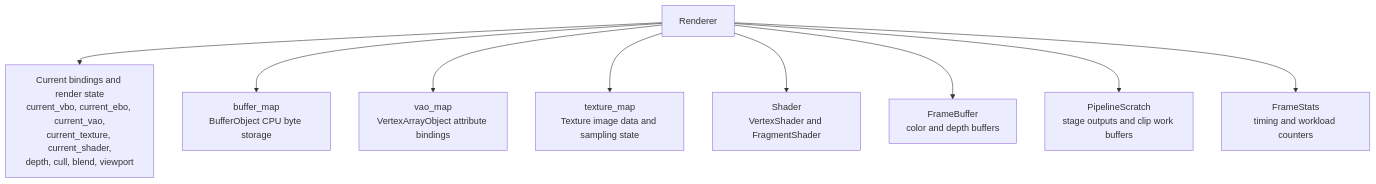
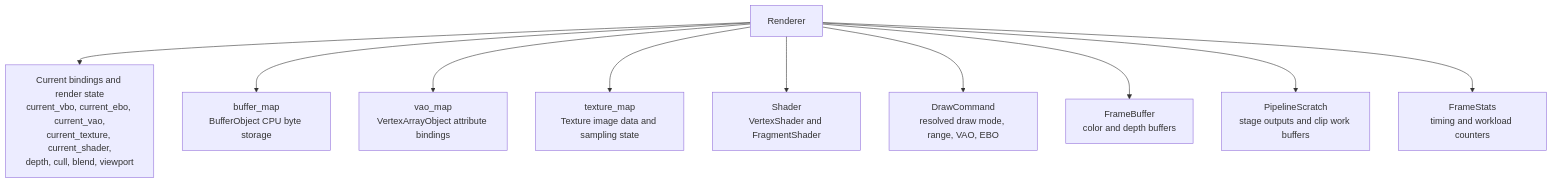
One commit to hangge1/DragonRenderer changed the fifth of 6 diagrams in docs/ARCHITECTURE.md. Above: the diagram before and after it, drawn with Mermaid. The commit also changed other lines of this file and 6 other files, not shown here.

Commit message:
refactor: introduce draw command boundary

````diff
--- a/docs/ARCHITECTURE.md
+++ b/docs/ARCHITECTURE.md
@@ -140,21 +142,23 @@
 ```mermaid
 flowchart TB
     Renderer["Renderer"]
     State["Current bindings and render state<br/>current_vbo, current_ebo, current_vao,<br/>current_texture, current_shader,<br/>depth, cull, blend, viewport"]
     Buffers["buffer_map<br/>BufferObject CPU byte storage"]
     VAOs["vao_map<br/>VertexArrayObject attribute bindings"]
     Textures["texture_map<br/>Texture image data and sampling state"]
     Shaders["Shader<br/>VertexShader and FragmentShader"]
+    Commands["DrawCommand<br/>resolved draw mode, range, VAO, EBO"]
     FrameBuffer["FrameBuffer<br/>color and depth buffers"]
     Scratch["PipelineScratch<br/>stage outputs and clip work buffers"]
     Stats["FrameStats<br/>timing and workload counters"]
 
     Renderer --> State
     Renderer --> Buffers
     Renderer --> VAOs
     Renderer --> Textures
     Renderer --> Shaders
+    Renderer --> Commands
     Renderer --> FrameBuffer
     Renderer --> Scratch
     Renderer --> Stats
 ```
````
